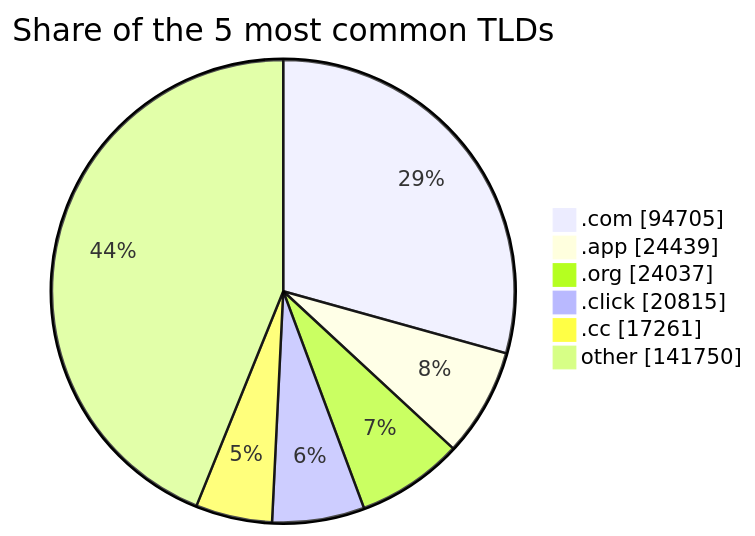
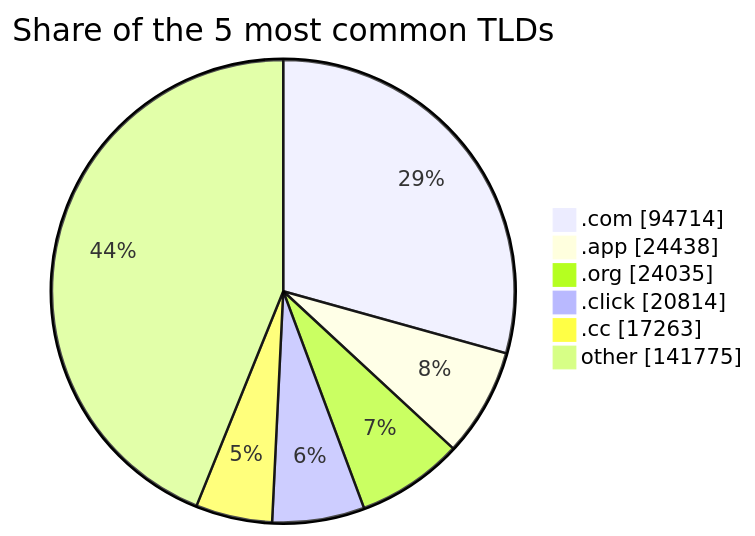
Before and after one commit to DNSBunker/CTI: the third of 3 diagrams in README.md, drawn with Mermaid. The commit also changed other lines of this file and 4 other files, not shown here.

````diff
--- a/README.md
+++ b/README.md
@@ -81,9 +81,9 @@
 ```mermaid
 pie showData title Share of the 5 most common TLDs
-    ".com" : 94705
-    ".app" : 24439
-    ".org" : 24037
-    ".click" : 20815
-    ".cc" : 17261
-    "other" : 141750
+    ".com" : 94714
+    ".app" : 24438
+    ".org" : 24035
+    ".click" : 20814
+    ".cc" : 17263
+    "other" : 141775
 ```
````
